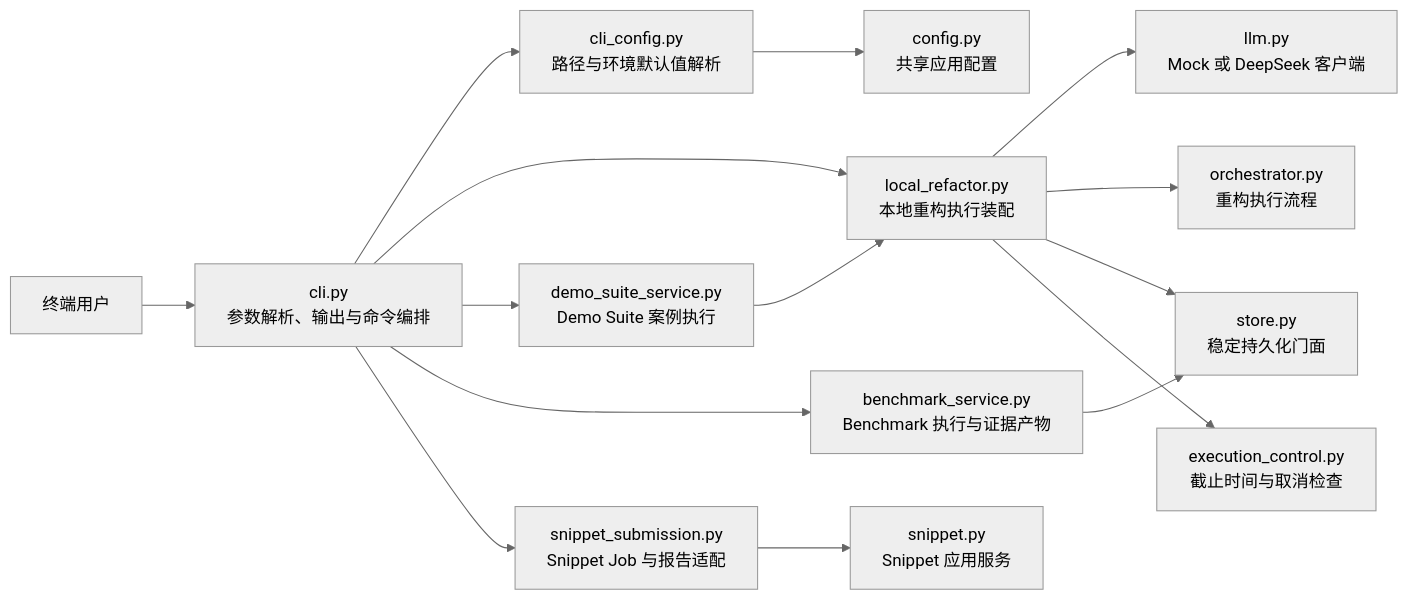
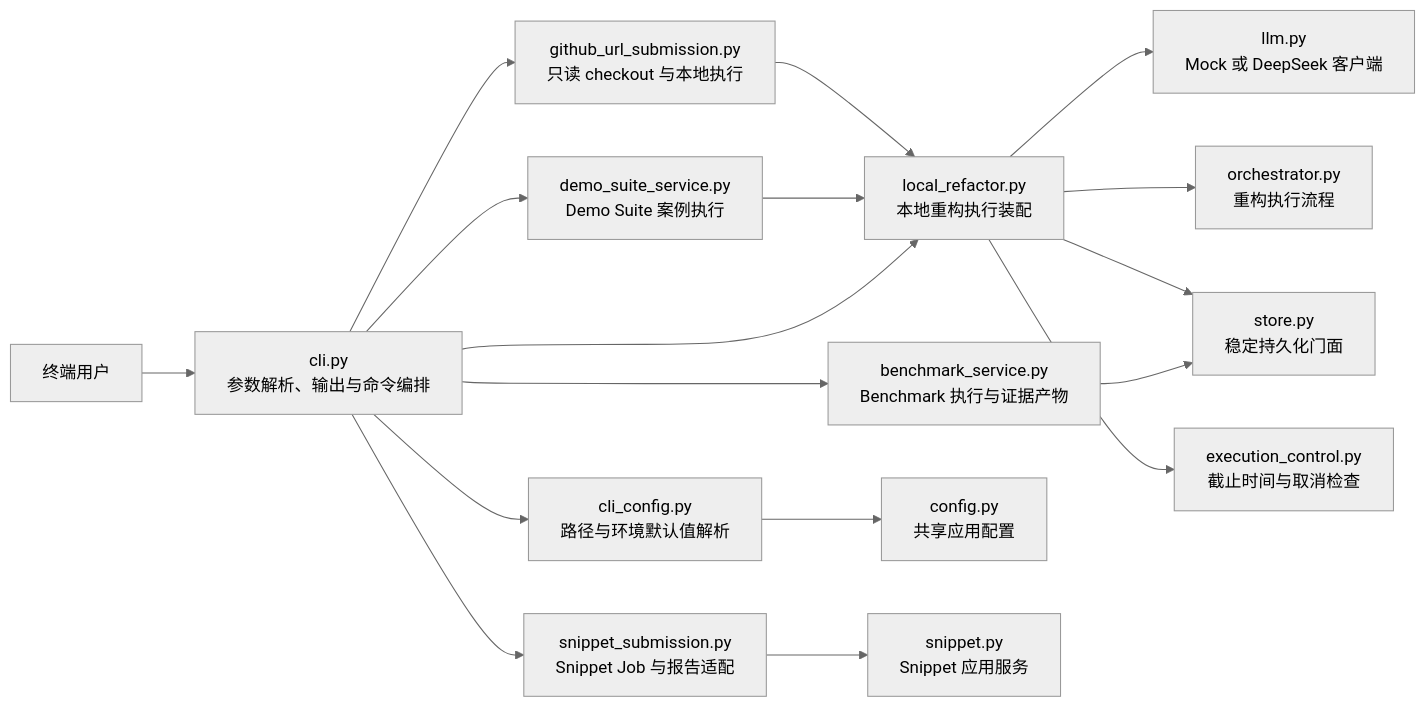
One commit to ailiujiarui/chouxiang changed the third of 3 diagrams in docs/architecture/core-module-boundaries.md. Above: the diagram before and after it, drawn with Mermaid (neutral theme). The commit also changed other lines of this file and 5 other files, not shown here.

Commit message:
refactor: extract github url submission

````diff
--- a/docs/architecture/core-module-boundaries.md
+++ b/docs/architecture/core-module-boundaries.md
@@ -74,17 +74,19 @@
 ```mermaid
 flowchart LR
     USER["终端用户"] --> CLI["cli.py\n参数解析、输出与命令编排"]
     CLI --> CONFIG["cli_config.py\n路径与环境默认值解析"]
     CLI --> LOCAL["local_refactor.py\n本地重构执行装配"]
     CLI --> SUITE["demo_suite_service.py\nDemo Suite 案例执行"]
     CLI --> BENCHMARK["benchmark_service.py\nBenchmark 执行与证据产物"]
     CLI --> SNIPPET["snippet_submission.py\nSnippet Job 与报告适配"]
+    CLI --> GITHUB_URL["github_url_submission.py\n只读 checkout 与本地执行"]
     CONFIG --> SETTINGS["config.py\n共享应用配置"]
     SUITE --> LOCAL
     BENCHMARK --> STORE
     SNIPPET --> SNIPPET_SERVICE["snippet.py\nSnippet 应用服务"]
+    GITHUB_URL --> LOCAL
     LOCAL --> LLM["llm.py\nMock 或 DeepSeek 客户端"]
     LOCAL --> ORCH["orchestrator.py\n重构执行流程"]
     LOCAL --> STORE["store.py\n稳定持久化门面"]
     LOCAL --> CONTROL["execution_control.py\n截止时间与取消检查"]
 ```
````
